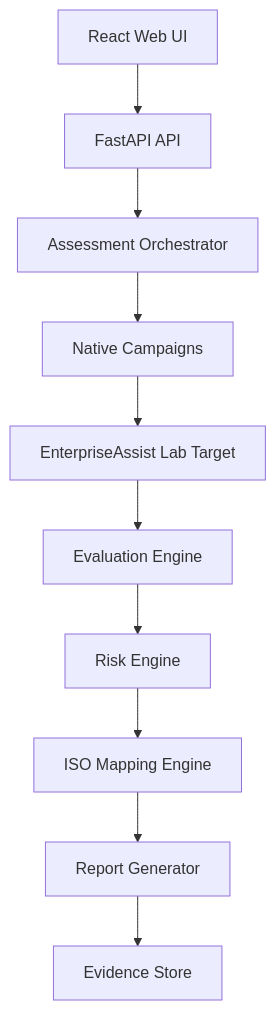
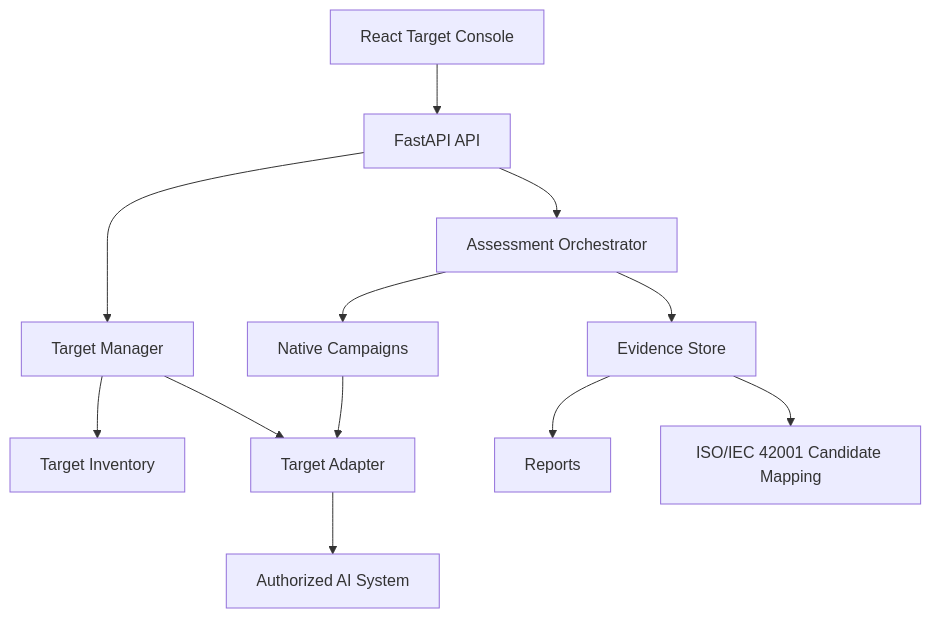
Before and after one commit to xorai-sec/AI-Security-Assessment-Platform: the diagram in README.md, drawn with Mermaid. The commit also changed other lines of this file and 68 other files, not shown here.

Commit message:
Add general target assessment platform phase

````diff
--- a/README.md
+++ b/README.md
@@ -33,23 +23,14 @@
 ```mermaid
 flowchart TD
-    Web["React Web UI"]
-    API["FastAPI API"]
-    Orch["Assessment Orchestrator"]
-    Native["Native Campaigns"]
-    EA["EnterpriseAssist Lab Target"]
-    Eval["Evaluation Engine"]
-    Risk["Risk Engine"]
-    ISO["ISO Mapping Engine"]
-    Reports["Report Generator"]
-    Evidence["Evidence Store"]
-
-    Web --> API
-    API --> Orch
-    Orch --> Native
-    Native --> EA
-    EA --> Eval
-    Eval --> Risk
-    Risk --> ISO
-    ISO --> Reports
-    Reports --> Evidence
+    Web["React Target Console"] --> API["FastAPI API"]
+    API --> TM["Target Manager"]
+    TM --> Inventory["Target Inventory"]
+    TM --> Adapter["Target Adapter"]
+    Adapter --> Target["Authorized AI System"]
+    API --> Orch["Assessment Orchestrator"]
+    Orch --> Native["Native Campaigns"]
+    Native --> Adapter
+    Orch --> Evidence["Evidence Store"]
+    Evidence --> Reports["Reports"]
+    Evidence --> ISO["ISO/IEC 42001 Candidate Mapping"]
 ```
````
